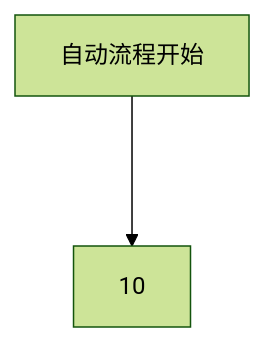
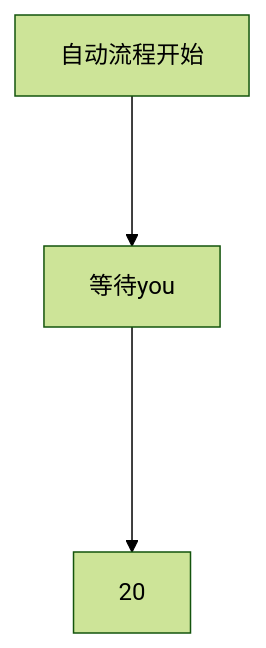
The diagram in all/未命名.md (zmq000/iodraw-files), drawn with Mermaid (forest theme) before and after one commit.

Commit message:
2026-06-17 20:49:29 update

````diff
--- a/all/未命名.md
+++ b/all/未命名.md
@@ -1,5 +1,6 @@
 ```mermaid
 graph TD
 自动流程开始--->10
-10
+10[等待you]---->20
+
 ```
````
